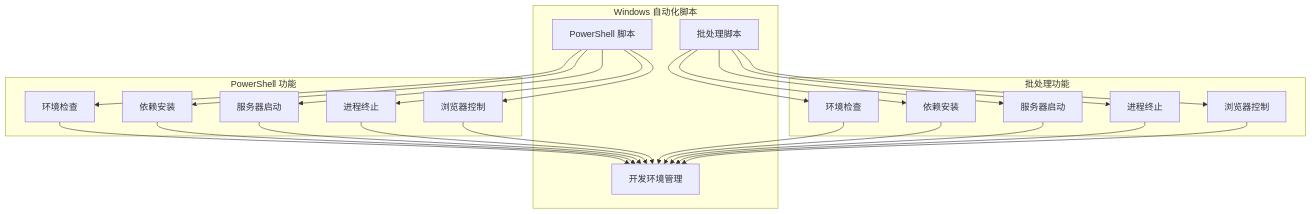
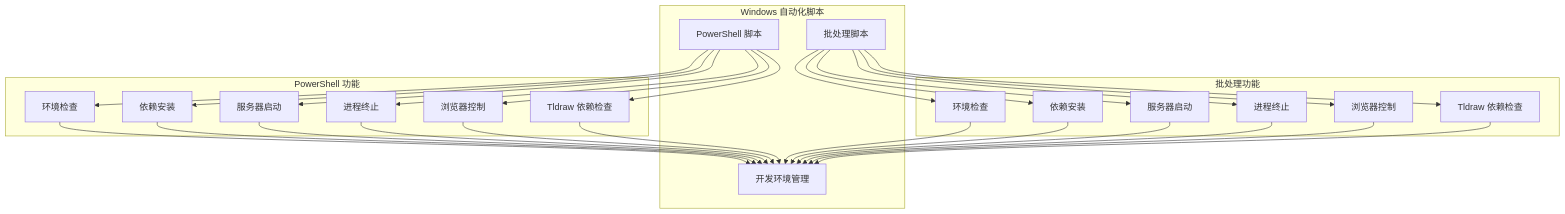
The eighth of 9 diagrams in .qoder/repowiki/zh/content/开发工具配置.md (billye220670/BananaFlow2), drawn with Mermaid before and after one commit. The commit also changed other lines of this file and 10 other files, not shown here.

````diff
--- a/.qoder/repowiki/zh/content/开发工具配置.md
+++ b/.qoder/repowiki/zh/content/开发工具配置.md
@@ -507,42 +517,48 @@
 ```mermaid
 graph TB
 subgraph "Windows 自动化脚本"
 PS[PowerShell 脚本]
 BAT[批处理脚本]
 END[开发环境管理]
 end
 subgraph "PowerShell 功能"
 CHECKPS[环境检查]
 INSTALLPS[依赖安装]
 STARTPS[服务器启动]
 STOPPS[进程终止]
 BROWSERPS[浏览器控制]
+TLDRAWPS[Tldraw 依赖检查]
 end
 subgraph "批处理功能"
 CHECKBAT[环境检查]
 INSTALLBAT[依赖安装]
 STARTBAT[服务器启动]
 STOPBAT[进程终止]
 BROWSERBAT[浏览器控制]
+TLDRAWBAT[Tldraw 依赖检查]
 end
 PS --> CHECKPS
 PS --> INSTALLPS
 PS --> STARTPS
 PS --> STOPPS
 PS --> BROWSERPS
+PS --> TLDRAWPS
 BAT --> CHECKBAT
 BAT --> INSTALLBAT
 BAT --> STARTBAT
 BAT --> STOPBAT
 BAT --> BROWSERBAT
+BAT --> TLDRAWBAT
 CHECKPS --> END
 INSTALLPS --> END
 STARTPS --> END
 STOPPS --> END
 BROWSERPS --> END
+TLDRAWPS --> END
 CHECKBAT --> END
 INSTALLBAT --> END
 STARTBAT --> END
 STOPBAT --> END
 BROWSERBAT --> END
+TLDRAWBAT --> END
 ```
````
